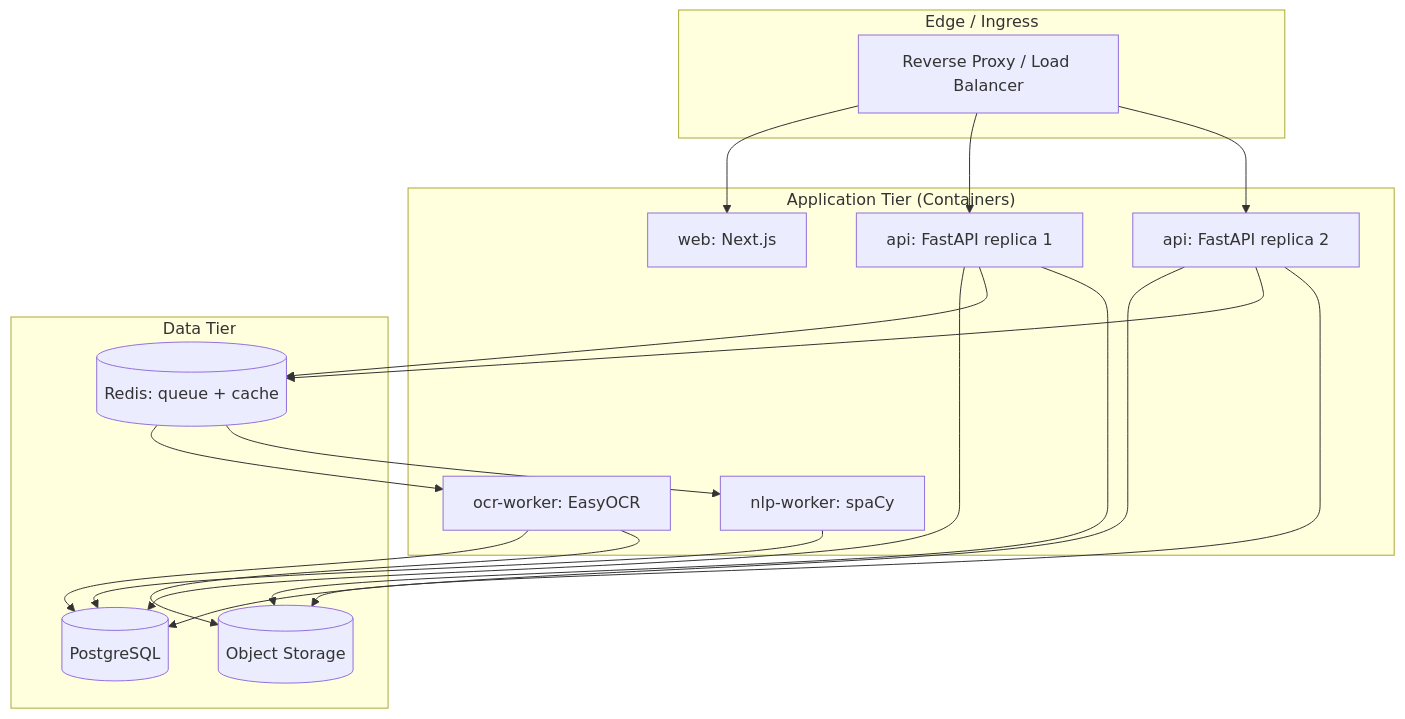
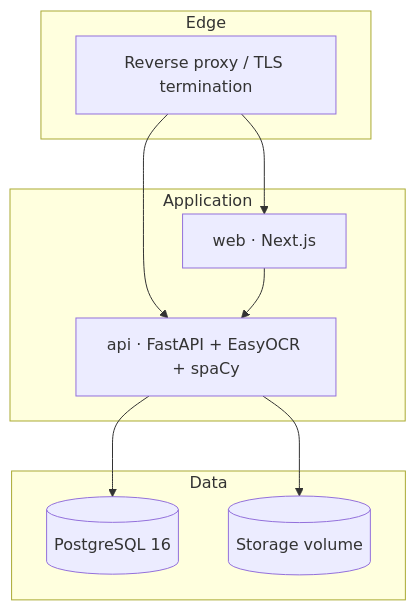
The second of 2 diagrams in docs/architecture/01-system-architecture.md (rayhandevcs-tech/graphmaster-ai), drawn with Mermaid before and after one commit. The commit also changed other lines of this file and 13 other files, not shown here.

First line of the commit message:
docs: realign architecture to product specification, add plan and SRS

````diff
--- a/docs/architecture/01-system-architecture.md
+++ b/docs/architecture/01-system-architecture.md
@@ -88,35 +162,20 @@
 ```mermaid
 graph TB
-    subgraph "Edge / Ingress"
-        LB[Reverse Proxy / Load Balancer]
+    subgraph Edge
+        LB[Reverse proxy / TLS termination]
     end
-
-    subgraph "Application Tier (Containers)"
-        WEB[web: Next.js]
-        API1[api: FastAPI replica 1]
-        API2[api: FastAPI replica 2]
-        OCRW[ocr-worker: EasyOCR]
-        NLPW[nlp-worker: spaCy]
+    subgraph Application
+        WEB[web · Next.js]
+        API[api · FastAPI + EasyOCR + spaCy]
     end
-
-    subgraph "Data Tier"
-        PG[(PostgreSQL)]
-        REDIS[(Redis: queue + cache)]
-        OBJ[(Object Storage)]
+    subgraph Data
+        PG[(PostgreSQL 16)]
+        VOL[(Storage volume)]
     end
 
     LB --> WEB
-    LB --> API1
-    LB --> API2
-    API1 --> PG
-    API2 --> PG
-    API1 --> REDIS
-    API2 --> REDIS
-    API1 --> OBJ
-    API2 --> OBJ
-    REDIS --> OCRW
-    REDIS --> NLPW
-    OCRW --> PG
-    NLPW --> PG
-    OCRW --> OBJ
+    LB --> API
+    WEB --> API
+    API --> PG
+    API --> VOL
 ```
````
